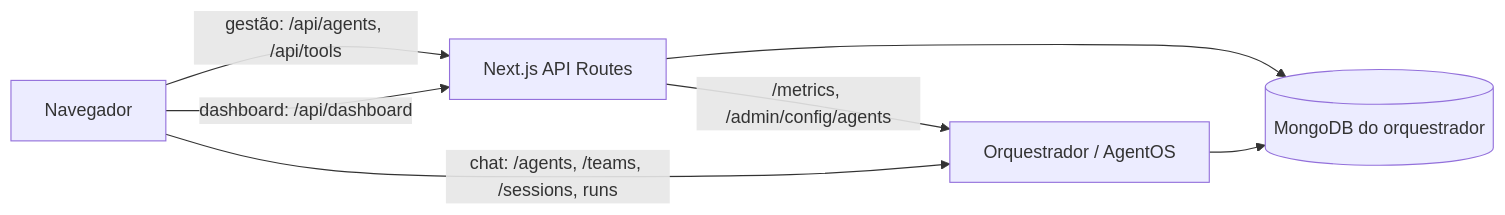
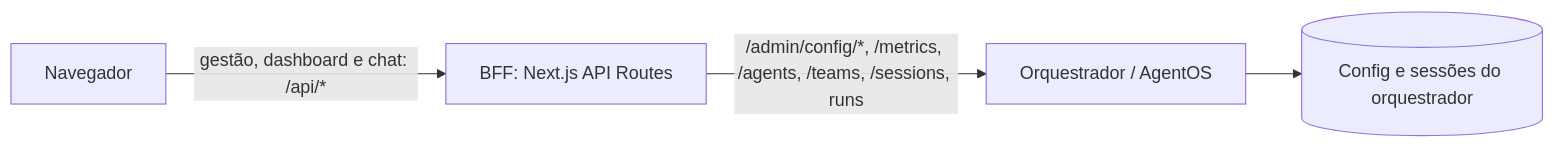
The diagram in README.md (Mosfet04/playgroundOrquestrador), drawn with Mermaid before and after one commit. The commit also changed other lines of this file and 55 other files, not shown here.

First line of the commit message:
feat(config): CRUD de agents e tools pela API Admin, sem Mongo [P2-06]

````diff
--- a/README.md
+++ b/README.md
@@ -24,9 +24,6 @@
 ```mermaid
 graph LR
-    B[Navegador] -->|gestão: /api/agents, /api/tools| N[Next.js API Routes]
-    N --> M[(MongoDB do orquestrador)]
-    B -->|dashboard: /api/dashboard| N
-    N -->|/metrics, /admin/config/agents| O
-    B -->|chat: /agents, /teams, /sessions, runs| O[Orquestrador / AgentOS]
-    O --> M
+    B[Navegador] -->|gestão, dashboard e chat: /api/*| N[BFF: Next.js API Routes]
+    N -->|/admin/config/*, /metrics, /agents, /teams, /sessions, runs| O[Orquestrador / AgentOS]
+    O --> M[(Config e sessões do orquestrador)]
 ```
````
